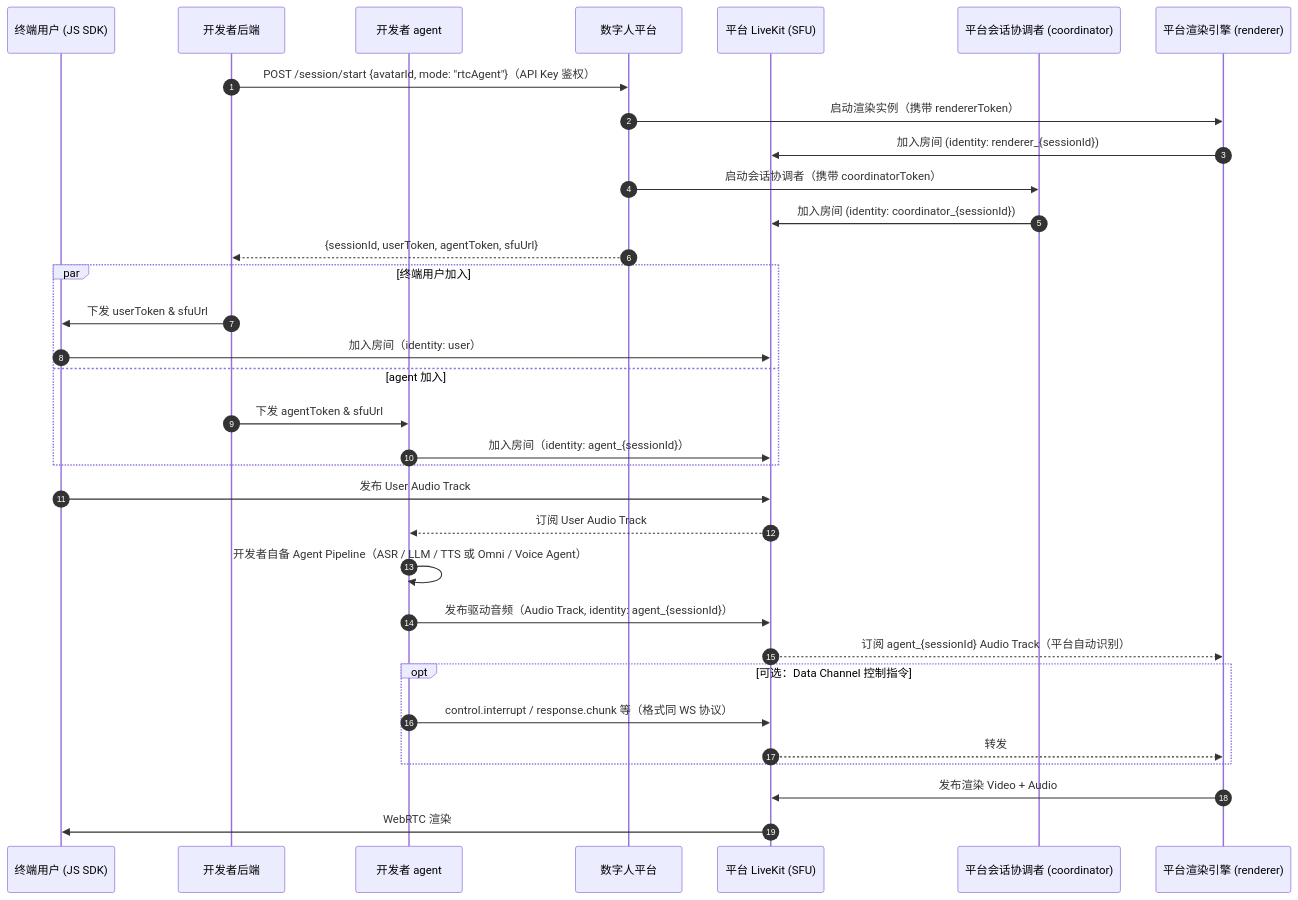
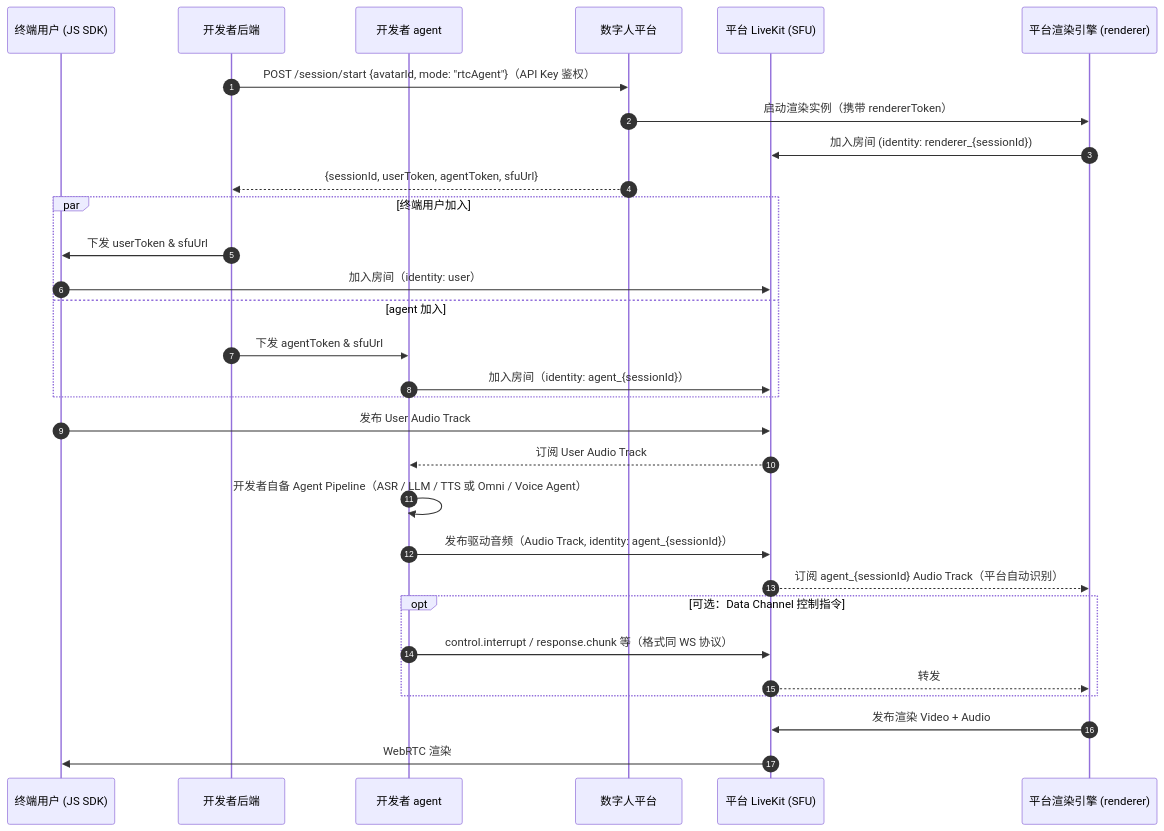
One commit to newportAI-lab/liveavatar-integration-guide changed the second of 3 diagrams in Live Avatar Integration Guide.zh-CN.md. Above: the diagram before and after it, drawn with Mermaid. The commit also changed other lines of this file and 2 other files, not shown here.

Commit message:
remove coordinator from participants

````diff
--- a/Live Avatar Integration Guide.zh-CN.md
+++ b/Live Avatar Integration Guide.zh-CN.md
@@ -468,39 +461,36 @@
 ```mermaid
 sequenceDiagram
     autonumber
     participant Client as 终端用户 (JS SDK)
     participant Backend as 开发者后端
     participant Agent as 开发者 agent
     participant Platform as 数字人平台
     participant LiveKit as 平台 LiveKit (SFU)
-    participant Coordinator as 平台会话协调者 (coordinator)
     participant Renderer as 平台渲染引擎 (renderer)
 
     Backend->>Platform: POST /session/start {avatarId, mode: "rtcAgent"}（API Key 鉴权）
     Platform->>Renderer: 启动渲染实例（携带 rendererToken）
     Renderer->>LiveKit: 加入房间 (identity: renderer_{sessionId})
-    Platform->>Coordinator: 启动会话协调者（携带 coordinatorToken）
-    Coordinator->>LiveKit: 加入房间 (identity: coordinator_{sessionId})
     Platform-->>Backend: {sessionId, userToken, agentToken, sfuUrl}
 
     par 终端用户加入
         Backend->>Client: 下发 userToken & sfuUrl
         Client->>LiveKit: 加入房间（identity: user）
     and agent 加入
         Backend->>Agent: 下发 agentToken & sfuUrl
         Agent->>LiveKit: 加入房间（identity: agent_{sessionId}）
     end
 
     Client->>LiveKit: 发布 User Audio Track
     LiveKit-->>Agent: 订阅 User Audio Track
     Agent->>Agent: 开发者自备 Agent Pipeline（ASR / LLM / TTS 或 Omni / Voice Agent）
 
     Agent->>LiveKit: 发布驱动音频（Audio Track, identity: agent_{sessionId}）
     LiveKit-->>Renderer: 订阅 agent_{sessionId} Audio Track（平台自动识别）
     opt 可选：Data Channel 控制指令
         Agent->>LiveKit: control.interrupt / response.chunk 等（格式同 WS 协议）
         LiveKit-->>Renderer: 转发
     end
     Renderer->>LiveKit: 发布渲染 Video + Audio
     LiveKit->>Client: WebRTC 渲染
 ```
````
